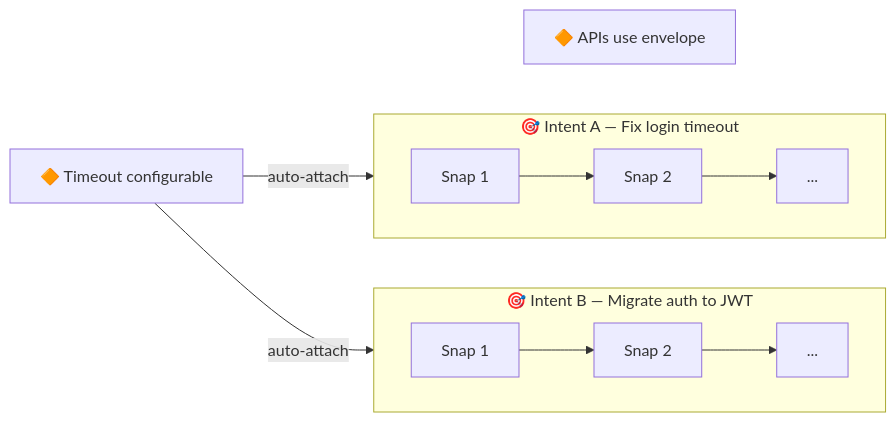
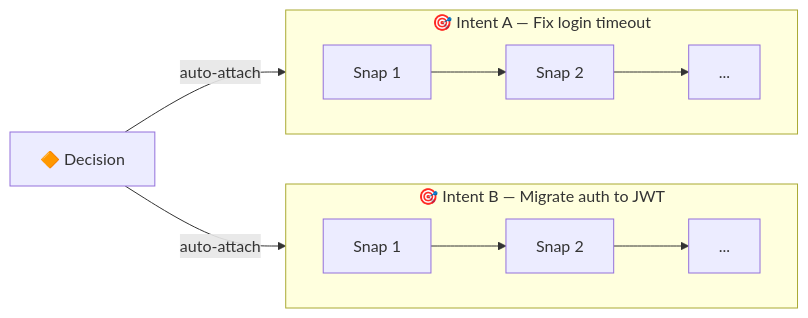
Before and after one commit to dozybot001/Intent: the second of 2 diagrams in README.md, drawn with Mermaid. The commit also changed 1 other file, not shown here.

Commit message:
Simplify Fig.2: single Decision node, no specific description

````diff
--- a/README.md
+++ b/README.md
@@ -56,19 +56,17 @@
 ```mermaid
 flowchart LR
-  D1["🔶 Timeout configurable"]
-  D2["🔶 APIs use envelope"]
-  D1 ~~~ D2
+  D1["🔶 Decision"]
 
   subgraph IntentA["🎯 Intent A — Fix login timeout"]
     direction LR
     S1["Snap 1"] --> S2["Snap 2"] --> S3["..."]
   end
 
   subgraph IntentB["🎯 Intent B — Migrate auth to JWT"]
     direction LR
     S4["Snap 1"] --> S5["Snap 2"] --> S6["..."]
   end
 
   D1 -- auto-attach --> IntentA
   D1 -- auto-attach --> IntentB
 ```
````
